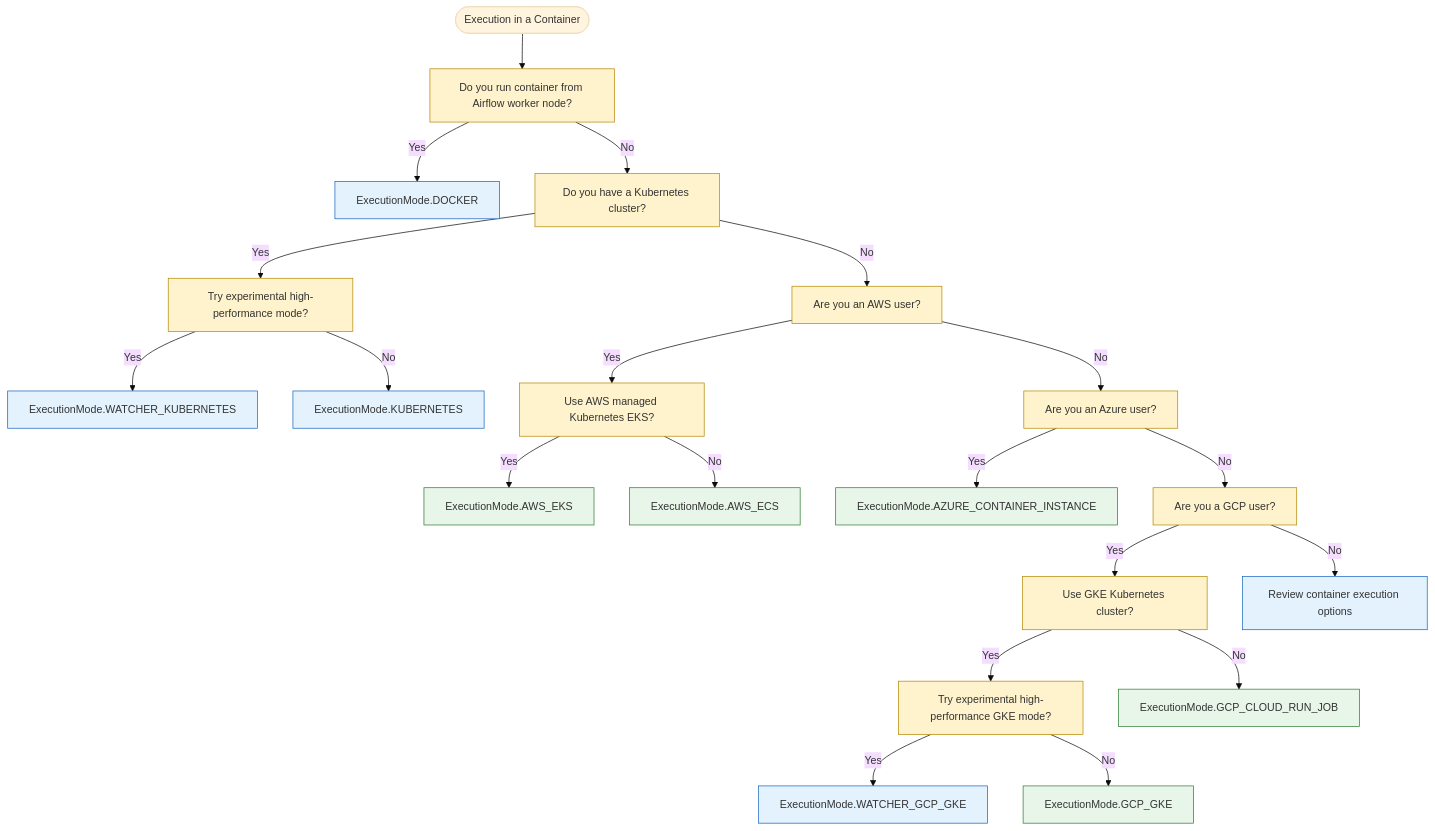
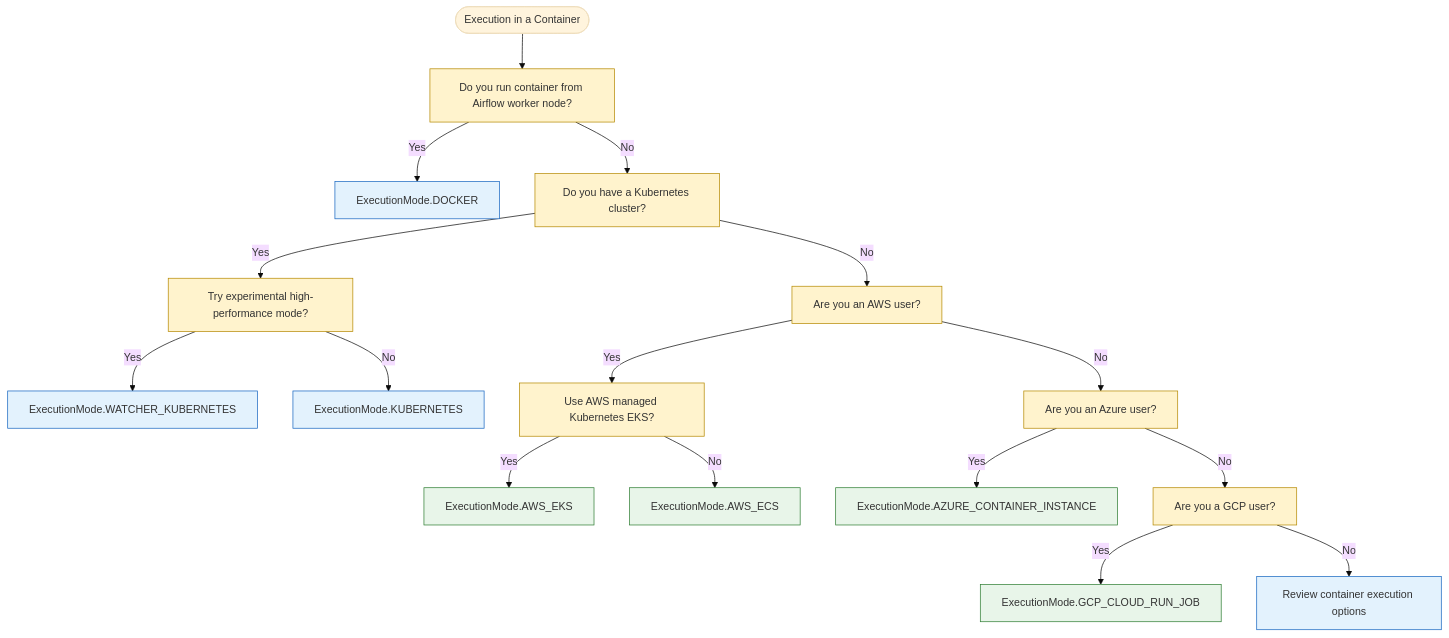
Before and after one commit to astronomer/astronomer-cosmos: the third of 3 diagrams in docs/guides/run_dbt/execution-modes.rst, drawn with Mermaid. The commit also changed other lines of this file and 4 other files, not shown here.

Commit message:
docs: Move GCP GKE execution modes to a dedicated page

```diff
--- a/docs/guides/run_dbt/execution-modes.rst
+++ b/docs/guides/run_dbt/execution-modes.rst
@@ -156,69 +157,59 @@
 .. mermaid::
 
   %%{init: {'theme':'base', 'themeVariables': { 'fontSize': '15px'}}}%%
   flowchart TD
 
     A([Execution in a Container])
 
     B[Do you run container from Airflow worker node?]
     C[ExecutionMode.DOCKER]
 
     D[Do you have a Kubernetes cluster?]
 
     E[Try experimental high-performance mode?]
     F[ExecutionMode.WATCHER_KUBERNETES]
 
     G[ExecutionMode.KUBERNETES]
 
     H[Are you an AWS user?]
     I[Use AWS managed Kubernetes EKS?]
     J[ExecutionMode.AWS_EKS]
     K[ExecutionMode.AWS_ECS]
 
     L[Are you an Azure user?]
     M[ExecutionMode.AZURE_CONTAINER_INSTANCE]
 
     N[Are you a GCP user?]
-    O[Use GKE Kubernetes cluster?]
-    P[Try experimental high-performance GKE mode?]
-    Q[ExecutionMode.WATCHER_GCP_GKE]
-    R[ExecutionMode.GCP_GKE]
-    S[ExecutionMode.GCP_CLOUD_RUN_JOB]
+    O[ExecutionMode.GCP_CLOUD_RUN_JOB]
 
-    T[Review container execution options]
+    P[Review container execution options]
 
     A --> B
     B -->|Yes| C
     B -->|No| D
 
     D -->|Yes| E
     D -->|No| H
 
     E -->|Yes| F
     E -->|No| G
 
     H -->|Yes| I
     H -->|No| L
 
     I -->|Yes| J
     I -->|No| K
 
     L -->|Yes| M
     L -->|No| N
 
     N -->|Yes| O
-    N -->|No| T
-
-    O -->|Yes| P
-    O -->|No| S
-
-    P -->|Yes| Q
-    P -->|No| R
+    N -->|No| P
 
     classDef decision fill:#fff3cd,stroke:#b58900,color:#333
     classDef action fill:#e8f5e9,stroke:#2e7d32,color:#333
     classDef result fill:#e3f2fd,stroke:#1565c0,color:#333
 
-    class B,D,E,H,I,L,N,O,P decision
-    class J,K,M,R,S action
-    class C,F,G,Q,T result
+    class B,D,E,H,I,L,N decision
+    class J,K,M,O action
+    class C,F,G,P result
```
